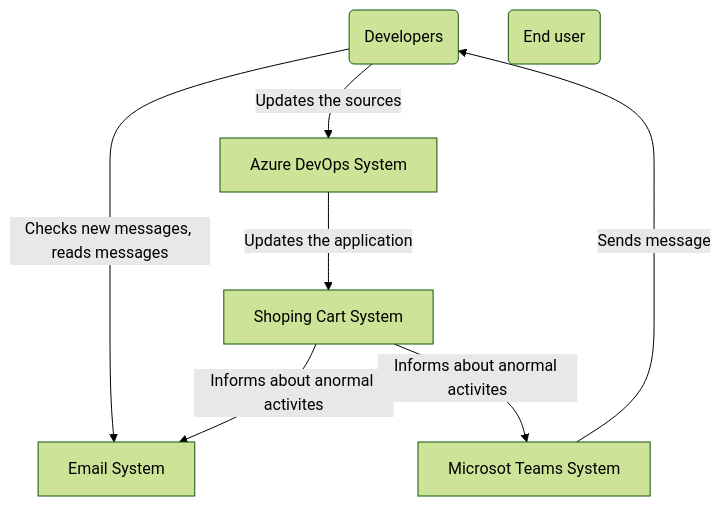
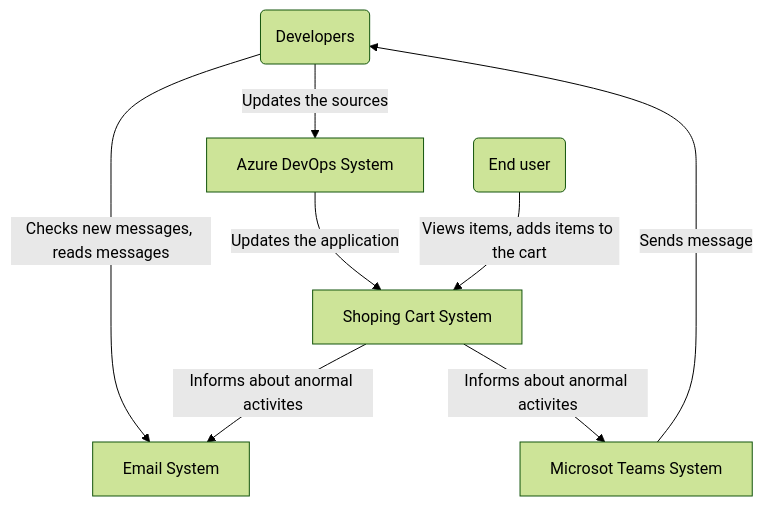
Before and after one commit to clemlesne/shopping-cart-devops-demo: the first of 2 diagrams in README.md, drawn with Mermaid (forest theme). The commit also changed other lines of this file and 13 other files, not shown here.

````diff
--- a/README.md
+++ b/README.md
@@ -190,20 +190,21 @@
 ```mermaid
 flowchart TB
   %% Personas
   developers(Developers)
   user(End user)
 
   %% Systems
   email[Email System]
   azdevops[Azure DevOps System]
   teams[Microsot Teams System]
   this[Shoping Cart System]
 
   %% Relations
   developers -- Checks new messages, reads messages --> email
   developers -- Updates the sources --> azdevops
   azdevops -- Updates the application --> this
   teams -- Sends message --> developers
   this -- Informs about anormal activites --> email
   this -- Informs about anormal activites --> teams
+  user -- Views items, adds items to the cart --> this
 ```
````
